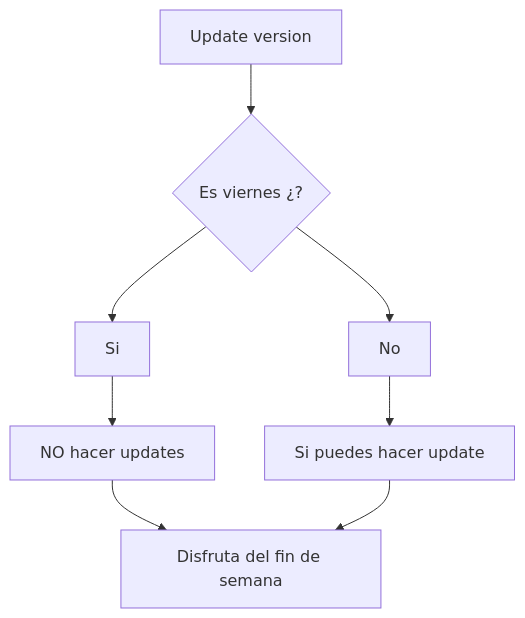
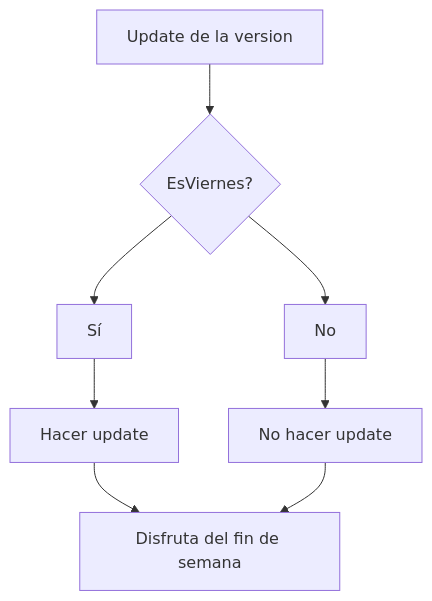
One commit to narkocam/inkubo changed the diagram in README.md. Above: the diagram before and after it, drawn with Mermaid.

````diff
--- a/README.md
+++ b/README.md
@@ -10,8 +10,8 @@
 ```mermaid
- flowchart TD;
-  A[Update version] --> B{Es viernes ¿?};
-  B --> Si --> C[NO hacer updates];
-  B --> No --> D[Si puedes hacer update];
-  C --> E[Disfruta del fin de semana];
-  D --> E[Disfruta del fin de semana];
+flowchart TD;
+    A[Update de la version]-->B{EsViernes?};
+    B-->Sí-->C[Hacer update];
+    B-->No-->D[No hacer update];
+    C-->E[Disfruta del fin de semana];
+    D-->E[Disfruta del fin de semana];
 ```
````
